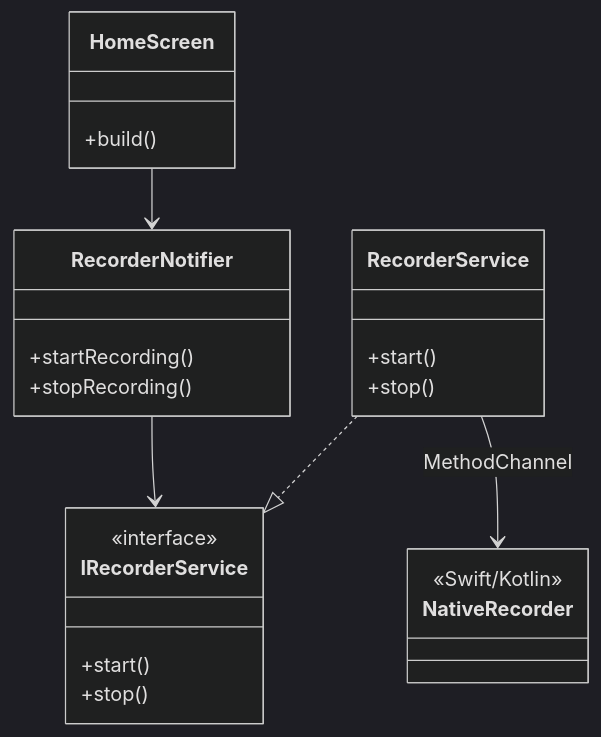
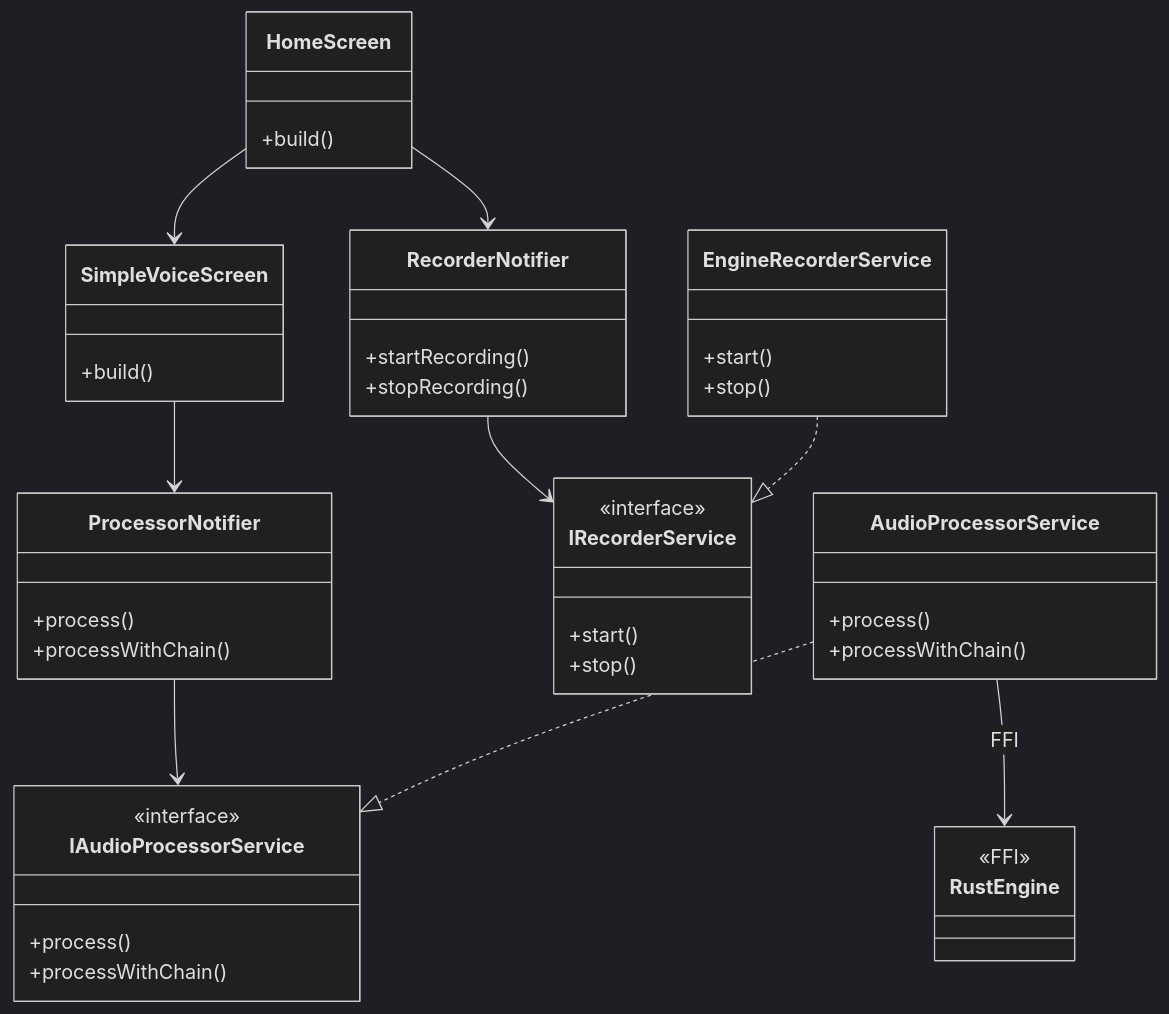
One commit to gyvm/tansaku changed the diagram in vozoo/ARCHITECTURE.md. Above: the diagram before and after it, drawn with Mermaid (dark theme). The commit also changed other lines of this file and 1306 other files, not shown here.

````diff
--- a/vozoo/ARCHITECTURE.md
+++ b/vozoo/ARCHITECTURE.md
@@ -59,27 +56,47 @@
 ```mermaid
 classDiagram
     class HomeScreen {
+        +build()
+    }
+    class SimpleVoiceScreen {
         +build()
     }
     class RecorderNotifier {
         +startRecording()
         +stopRecording()
     }
+    class ProcessorNotifier {
+        +process()
+        +processWithChain()
+    }
     class IRecorderService {
         <<interface>>
         +start()
         +stop()
     }
-    class RecorderService {
+    class IAudioProcessorService {
+        <<interface>>
+        +process()
+        +processWithChain()
+    }
+    class EngineRecorderService {
         +start()
         +stop()
     }
-    class NativeRecorder {
-        <<Swift/Kotlin>>
+    class AudioProcessorService {
+        +process()
+        +processWithChain()
+    }
+    class RustEngine {
+        <<FFI>>
     }
 
     HomeScreen --> RecorderNotifier
+    HomeScreen --> SimpleVoiceScreen
+    SimpleVoiceScreen --> ProcessorNotifier
     RecorderNotifier --> IRecorderService
-    RecorderService ..|> IRecorderService
-    RecorderService --> NativeRecorder : MethodChannel
+    ProcessorNotifier --> IAudioProcessorService
+    EngineRecorderService ..|> IRecorderService
+    AudioProcessorService ..|> IAudioProcessorService
+    AudioProcessorService --> RustEngine : FFI
 ```
````
